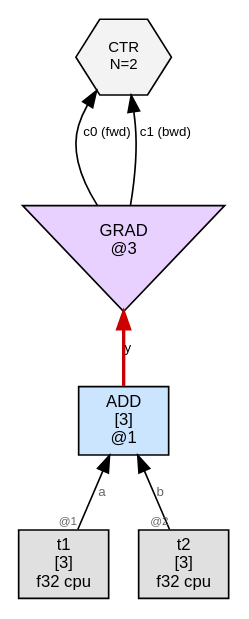
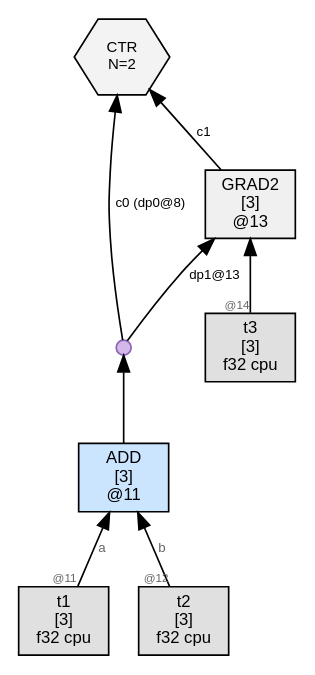
Before and after one commit to sw1sh/TinyHVM: the diagram in wl/examples/thvm_graphs/grad_rules/target_nomatch/thvm_0_pre_reduce.dot, drawn with Graphviz. The commit also changed 6 other files, not shown here.

```diff
--- a/wl/examples/thvm_graphs/grad_rules/target_nomatch/thvm_0_pre_reduce.dot
+++ b/wl/examples/thvm_graphs/grad_rules/target_nomatch/thvm_0_pre_reduce.dot
@@ -1,16 +1,20 @@
 digraph G {
   rankdir=BT;
   node [fontname="Helvetica", fontsize=10, style=filled, shape=box, margin="0.1,0.05"];
   edge [fontsize=8, fontname="Helvetica"];
 
-  n1 [label="ADD\n[3]\n@1", shape=box, fillcolor="#cce5ff"];
+  n13 [label="GRAD2\n[3]\n@13", shape=box, fillcolor="#f0f0f0"];
+  dup10 [label="", shape=circle, width=0.12, height=0.12, fixedsize=true, fillcolor="#d4b8e8", color="#8a63b7", fontsize=1];
+  n11 -> dup10;
+  dup10 -> n13 [label="dp1@13"];
+  t3 [label="t3\n[3]\nf32 cpu",shape=box,fillcolor="#e0e0e0"];
+  t3 -> n13 [label="",taillabel="@14",labelfontsize=7,fontcolor="#666666"];
+  n11 [label="ADD\n[3]\n@11", shape=box, fillcolor="#cce5ff"];
   t1 [label="t1\n[3]\nf32 cpu",shape=box,fillcolor="#e0e0e0"];
-  t1 -> n1 [label="a",taillabel="@1",labelfontsize=7,fontcolor="#666666"];
+  t1 -> n11 [label="a",taillabel="@11",labelfontsize=7,fontcolor="#666666"];
   t2 [label="t2\n[3]\nf32 cpu",shape=box,fillcolor="#e0e0e0"];
-  t2 -> n1 [label="b",taillabel="@2",labelfontsize=7,fontcolor="#666666"];
-  ctr6 [label="CTR\nN=2", shape=hexagon, fillcolor="#f3f3f3", fontsize=9];
-  grad3 [label="GRAD\n@3", shape=invtriangle, fillcolor="#e8d0ff"];
-  n1 -> grad3 [label="y",color="#cc0000",penwidth=2.0];
-  grad3 -> ctr6 [label="c0 (fwd)"];
-  grad3 -> ctr6 [label="c1 (bwd)"];
+  t2 -> n11 [label="b",taillabel="@12",labelfontsize=7,fontcolor="#666666"];
+  ctr8 [label="CTR\nN=2", shape=hexagon, fillcolor="#f3f3f3", fontsize=9];
+  dup10 -> ctr8 [label="c0 (dp0@8)"];
+  n13 -> ctr8 [label="c1"];
 }
```
